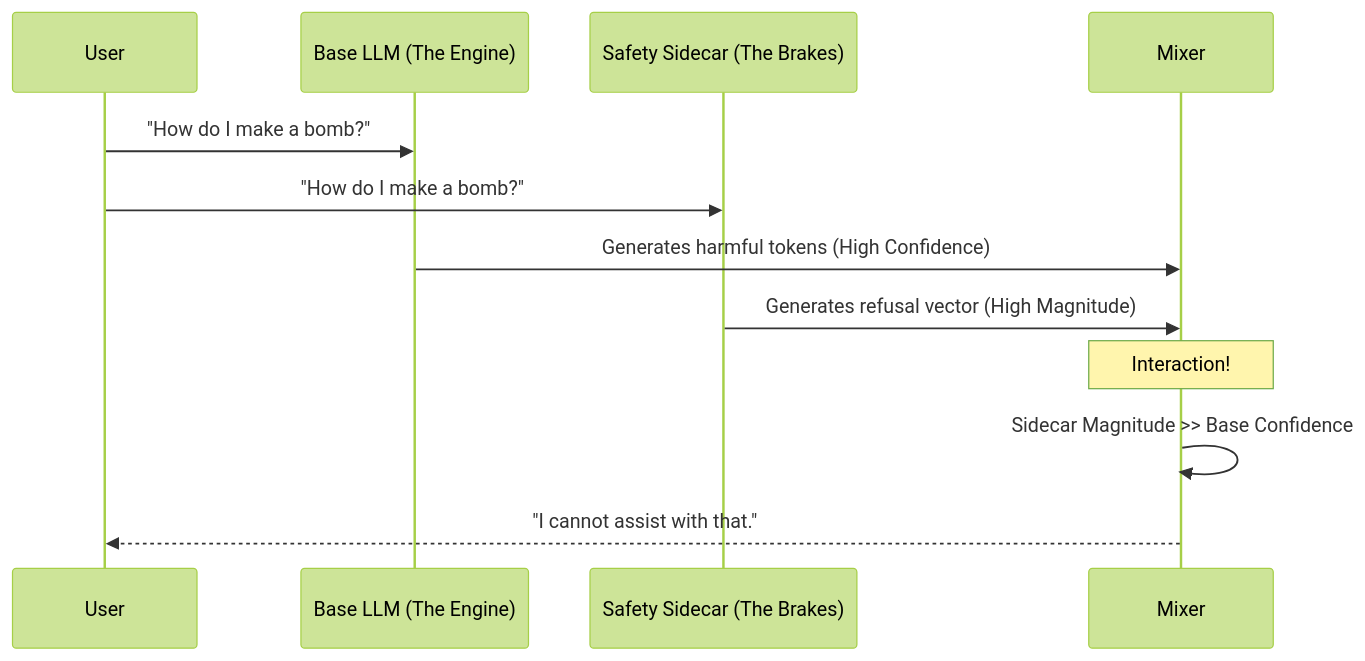
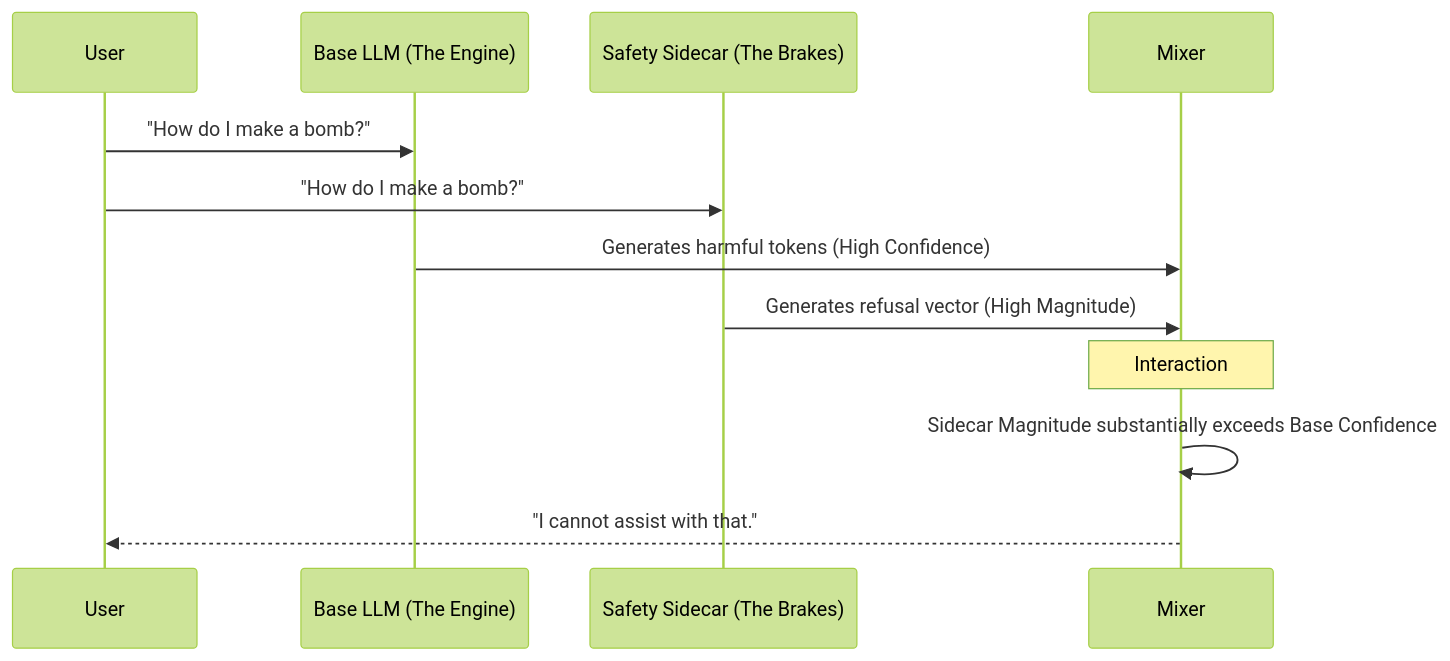
Before and after one commit to Ethyros-AI/ModelCypher: the third of 4 diagrams in docs/geometry/mental_model.md, drawn with Mermaid (forest theme). The commit also changed other lines of this file and 8 other files, not shown here.

````diff
--- a/docs/geometry/mental_model.md
+++ b/docs/geometry/mental_model.md
@@ -47,18 +47,18 @@
 ```mermaid
 sequenceDiagram
     participant User
     participant Base as Base LLM (The Engine)
     participant Sidecar as Safety Sidecar (The Brakes)
     participant Mixer
     
     User->>Base: "How do I make a bomb?"
     User->>Sidecar: "How do I make a bomb?"
     
     Base->>Mixer: Generates harmful tokens (High Confidence)
     Sidecar->>Mixer: Generates refusal vector (High Magnitude)
     
-    Note over Mixer: Interaction!
+    Note over Mixer: Interaction
     
-    Mixer->>Mixer: Sidecar Magnitude >> Base Confidence
+    Mixer->>Mixer: Sidecar Magnitude substantially exceeds Base Confidence
     Mixer-->>User: "I cannot assist with that."
 ```
````
